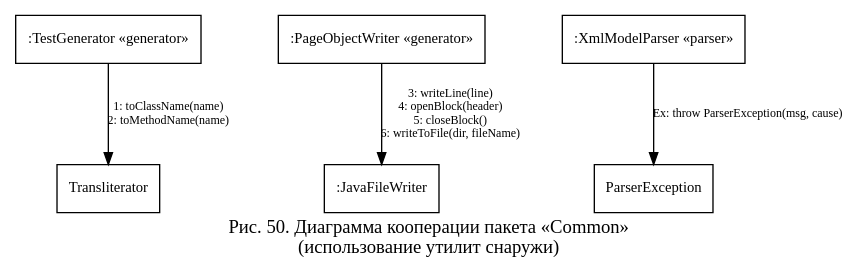
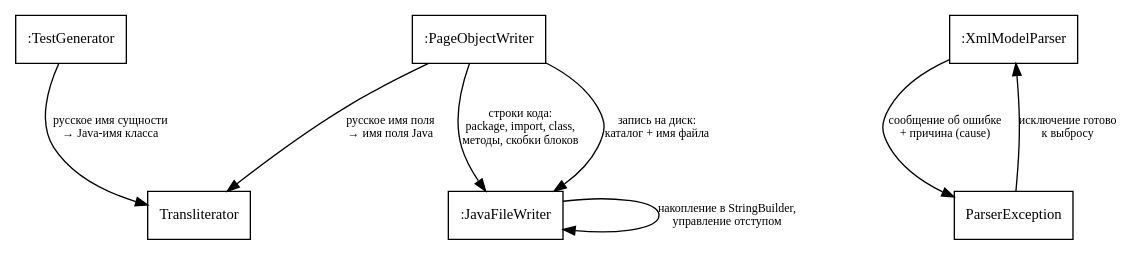
The diagram in diagrams/coop_common.dot (nastolbov/AutoTestGeneratorUpdate), drawn with Graphviz before and after one commit. The commit also changed 25 other files, not shown here.

```diff
--- a/diagrams/coop_common.dot
+++ b/diagrams/coop_common.dot
@@ -1,18 +1,21 @@
 digraph CoopCommon {
-    rankdir=TB; fontname="Liberation Serif"; fontsize=14;
-    label="Рис. 50. Диаграмма кооперации пакета «Common»\n(использование утилит снаружи)"; labelloc=b;
-    nodesep=0.8;
+    rankdir=TB; fontname="Liberation Serif";
+    nodesep=1.0; ranksep=0.9;
     node [fontname="Liberation Serif", fontsize=11, shape=box, style=filled, fillcolor=white];
     edge [color=black, fontname="Liberation Serif", fontsize=9, arrowsize=0.9];
 
-    Gen [label=":TestGenerator «generator»"];
-    POW [label=":PageObjectWriter «generator»"];
+    Gen [label=":TestGenerator"];
+    POW [label=":PageObjectWriter"];
     JW  [label=":JavaFileWriter"];
     T   [label="Transliterator"];
-    XMP [label=":XmlModelParser «parser»"];
+    XMP [label=":XmlModelParser"];
     PE  [label="ParserException"];
 
-    Gen -> T   [label="1: toClassName(name)\n2: toMethodName(name)"];
-    POW -> JW  [label="3: writeLine(line)\n4: openBlock(header)\n5: closeBlock()\n6: writeToFile(dir, fileName)"];
-    XMP -> PE  [label="Ex: throw ParserException(msg, cause)"];
+    Gen -> T   [label="русское имя сущности\n→ Java-имя класса"];
+    POW -> T   [label="русское имя поля\n→ имя поля Java"];
+    POW -> JW  [label="строки кода:\npackage, import, class,\nметоды, скобки блоков"];
+    JW  -> JW  [label="накопление в StringBuilder,\nуправление отступом"];
+    POW -> JW  [label="запись на диск:\nкаталог + имя файла"];
+    XMP -> PE  [label="сообщение об ошибке\n+ причина (cause)"];
+    PE  -> XMP [label="исключение готово\nк выбросу"];
 }
```
